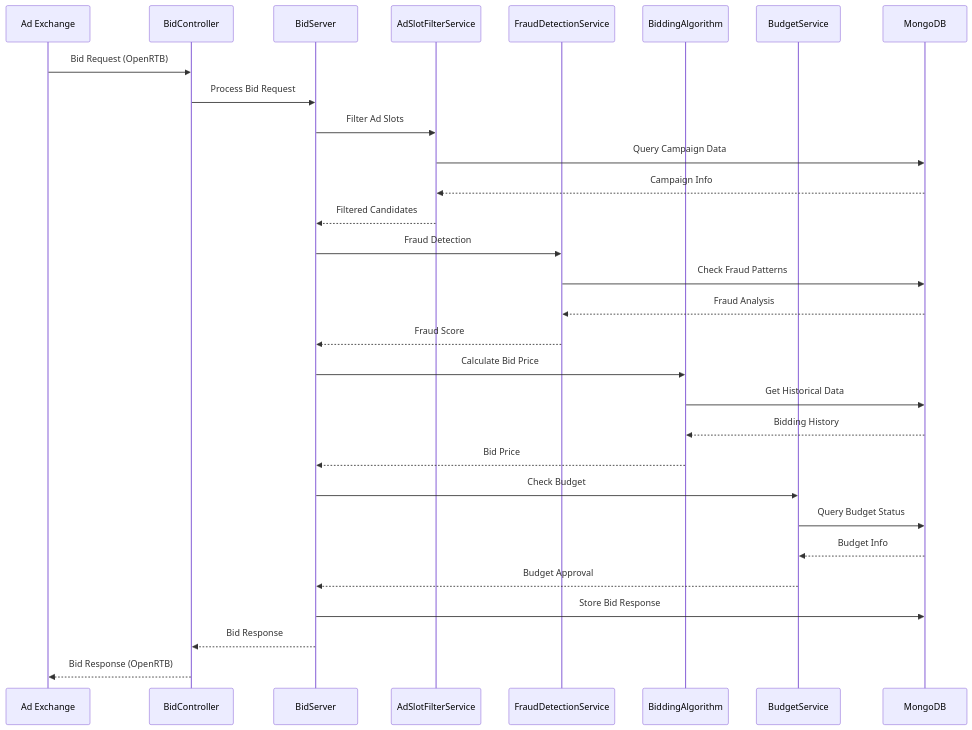
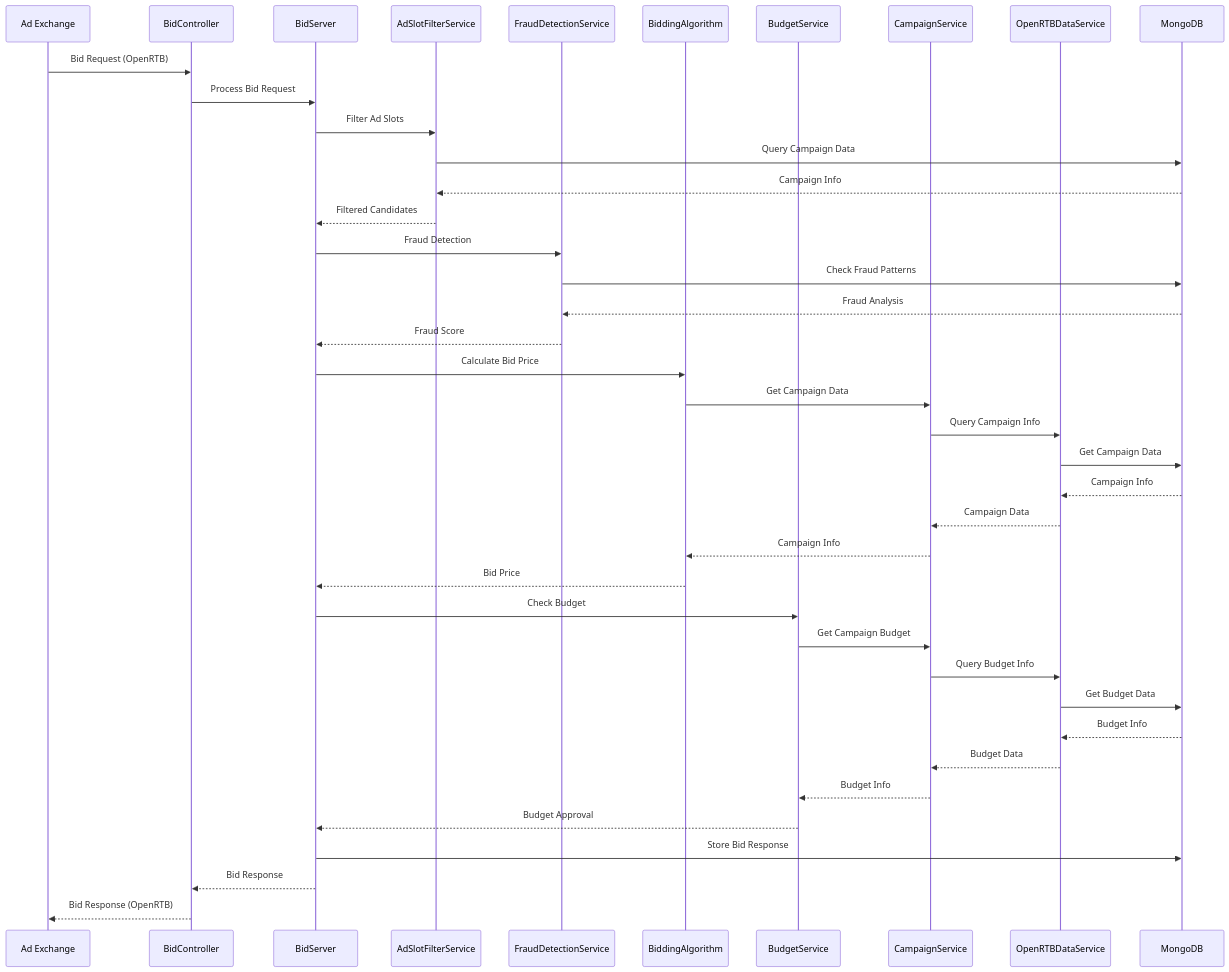
One commit to songfei1983/play-spring-boot-api changed the second of 4 diagrams in architecture-diagram.md. Above: the diagram before and after it, drawn with Mermaid. The commit also changed other lines of this file and 1 other file, not shown here.

Commit message:
更新架构图：添加CampaignService并重构数据访问层
- 在整体架构图中添加CampaignService
- 更新BiddingAlgorithm和BudgetService的依赖关系
- 添加OpenRTBDataService作为数据访问统一入口
- 更新OpenRTB竞价流程图，反映新的服务调用链
- 同步更新architecture-viewer.html交互式查看器

````diff
--- a/architecture-diagram.md
+++ b/architecture-diagram.md
@@ -191,38 +198,48 @@
 ```mermaid
 sequenceDiagram
     participant ADX as Ad Exchange
     participant BC as BidController
     participant BS as BidServer
     participant ASF as AdSlotFilterService
     participant FDS as FraudDetectionService
     participant BA as BiddingAlgorithm
     participant BUS as BudgetService
+    participant CS as CampaignService
+    participant ORDS as OpenRTBDataService
     participant MONGO as MongoDB
     
     ADX->>BC: Bid Request (OpenRTB)
     BC->>BS: Process Bid Request
     
     BS->>ASF: Filter Ad Slots
     ASF->>MONGO: Query Campaign Data
     MONGO-->>ASF: Campaign Info
     ASF-->>BS: Filtered Candidates
     
     BS->>FDS: Fraud Detection
     FDS->>MONGO: Check Fraud Patterns
     MONGO-->>FDS: Fraud Analysis
     FDS-->>BS: Fraud Score
     
     BS->>BA: Calculate Bid Price
-    BA->>MONGO: Get Historical Data
-    MONGO-->>BA: Bidding History
+    BA->>CS: Get Campaign Data
+    CS->>ORDS: Query Campaign Info
+    ORDS->>MONGO: Get Campaign Data
+    MONGO-->>ORDS: Campaign Info
+    ORDS-->>CS: Campaign Data
+    CS-->>BA: Campaign Info
     BA-->>BS: Bid Price
     
     BS->>BUS: Check Budget
-    BUS->>MONGO: Query Budget Status
-    MONGO-->>BUS: Budget Info
+    BUS->>CS: Get Campaign Budget
+    CS->>ORDS: Query Budget Info
+    ORDS->>MONGO: Get Budget Data
+    MONGO-->>ORDS: Budget Info
+    ORDS-->>CS: Budget Data
+    CS-->>BUS: Budget Info
     BUS-->>BS: Budget Approval
     
     BS->>MONGO: Store Bid Response
     BS-->>BC: Bid Response
     BC-->>ADX: Bid Response (OpenRTB)
 ```
````
